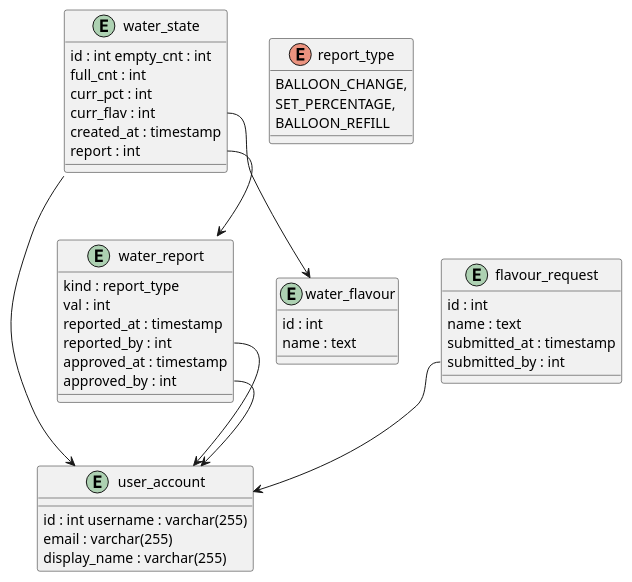
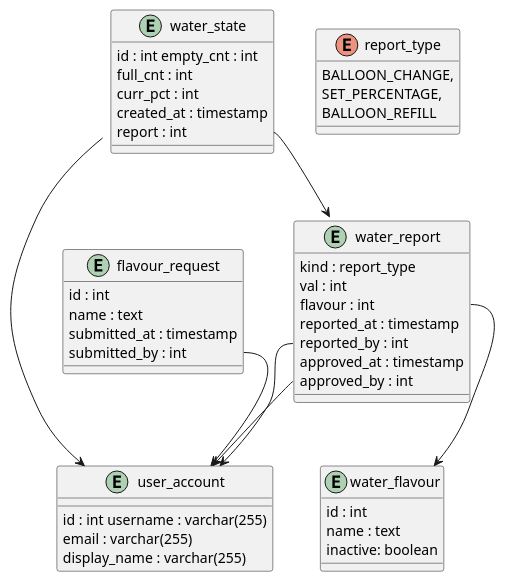
One commit to aestallon/ReVIZit changed the diagram in spec/db_schema.puml. Above: the diagram before and after it, drawn with PlantUML. The commit also changed 7 other files, not shown here.

Commit message:
remove flavour ref from water_state, add inactive flag to water_flavour

```diff
--- a/spec/db_schema.puml
+++ b/spec/db_schema.puml
@@ -1,47 +1,48 @@
 @startuml
 'https://plantuml.com/class-diagram
 entity user_account {
 id : int username : varchar(255)
 email : varchar(255)
 display_name : varchar(255)
 }
 
 entity water_state {
 id : int empty_cnt : int
 full_cnt : int
 curr_pct : int
-curr_flav : int
 created_at : timestamp
 report : int
 }
 
 enum report_type {
 BALLOON_CHANGE,
 SET_PERCENTAGE,
 BALLOON_REFILL
 }
 entity water_report {
 kind : report_type
 val : int
+flavour : int
 reported_at : timestamp
 reported_by : int
 approved_at : timestamp
 approved_by : int
 }
 entity water_flavour {
 id : int
 name : text
+inactive: boolean
 }
 entity flavour_request {
 id : int
 name : text
 submitted_at : timestamp
 submitted_by : int
 }
 water_state::report --> water_report
 water_state::reported_by --> user_account
-water_state::curr_flav --> water_flavour
+water_report::flavour --> water_flavour
 water_report::reported_by --> user_account
 water_report::approved_by --> user_account
 flavour_request::submitted_by --> user_account
 @enduml
```
